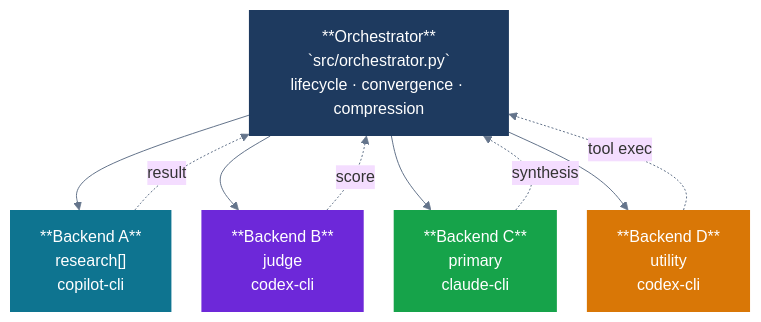
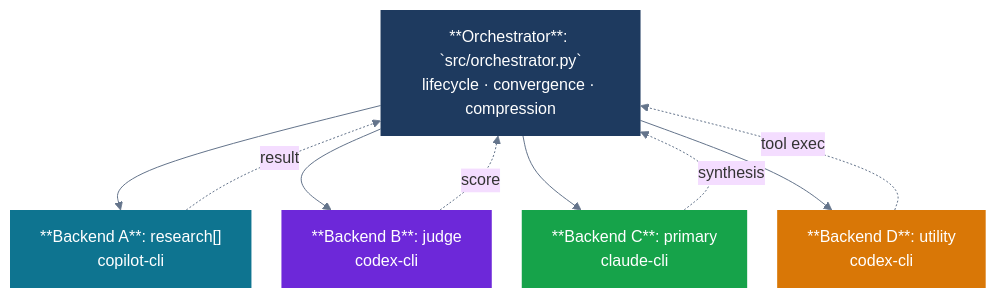
One commit to josefigueredo/multillm-adversarial-convergence changed the diagram in docs/showcase/patterns/04-orchestrator-subagents.mmd. Above: the diagram before and after it, drawn with Mermaid. The commit also changed 59 other files, not shown here.

```diff
--- a/docs/showcase/patterns/04-orchestrator-subagents.mmd
+++ b/docs/showcase/patterns/04-orchestrator-subagents.mmd
@@ -1,23 +1,23 @@
 %%{init: {'theme': 'base', 'themeVariables': {'fontSize': '16px', 'lineColor': '#64748b'}, 'flowchart': {'rankSpacing': 50, 'nodeSpacing': 30, 'curve': 'basis'}}}%%
 flowchart TB
-    O["**Orchestrator**\n`src/orchestrator.py`\nlifecycle · convergence · compression"]
-    A["**Backend A**\nresearch[]\ncopilot-cli"]
-    B["**Backend B**\njudge\ncodex-cli"]
-    C["**Backend C**\nprimary\nclaude-cli"]
-    D["**Backend D**\nutility\ncodex-cli"]
+    O["**Orchestrator**: `src/orchestrator.py`\nlifecycle · convergence · compression"]
+    A["**Backend A**: research[]\ncopilot-cli"]
+    B["**Backend B**: judge\ncodex-cli"]
+    C["**Backend C**: primary\nclaude-cli"]
+    D["**Backend D**: utility\ncodex-cli"]
 
     O --> A
     O --> B
     O --> C
     O --> D
 
     A -. result .-> O
     B -. score .-> O
     C -. synthesis .-> O
     D -. tool exec .-> O
 
     style O fill:#1e3a5f,color:#fff,stroke:none
     style A fill:#0e7490,color:#fff,stroke:none
     style B fill:#6d28d9,color:#fff,stroke:none
     style C fill:#16a34a,color:#fff,stroke:none
     style D fill:#d97706,color:#fff,stroke:none
```
